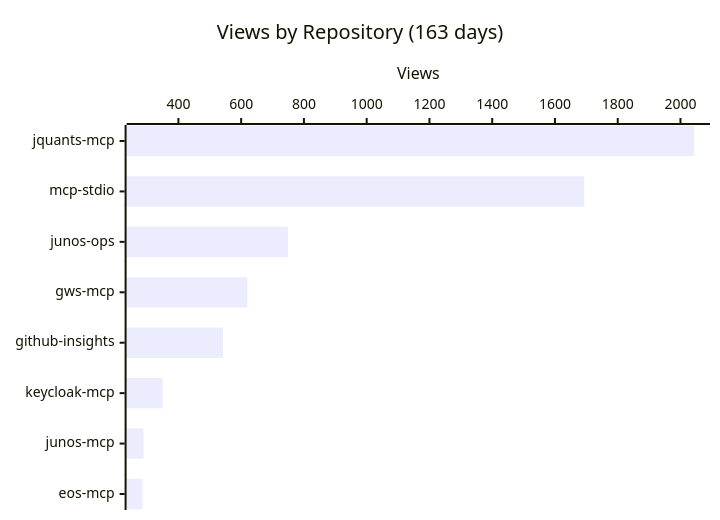
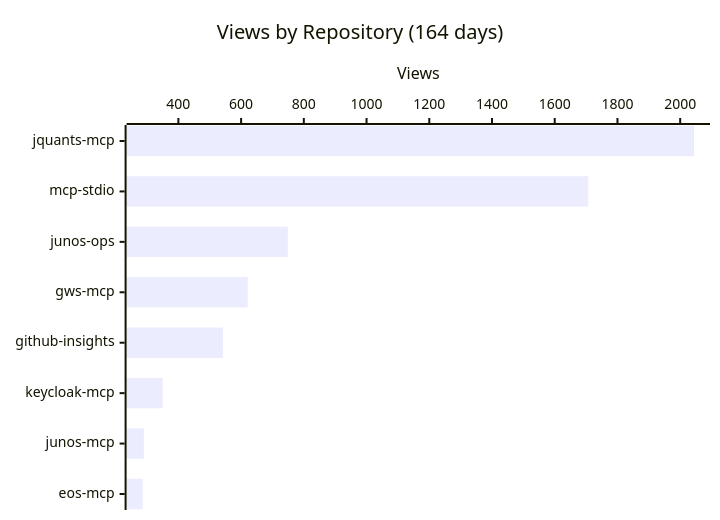
One commit to shigechika/github-insights changed the first of 4 diagrams in README.md. Above: the diagram before and after it, drawn with Mermaid. The commit also changed other lines of this file and 2 other files, not shown here.

````diff
--- a/README.md
+++ b/README.md
@@ -18,7 +18,7 @@
 ```mermaid
 xychart-beta horizontal
-    title "Views by Repository (163 days)"
+    title "Views by Repository (164 days)"
     x-axis ["jquants-mcp", "mcp-stdio", "junos-ops", "gws-mcp", "github-insights", "keycloak-mcp", "junos-mcp", "eos-mcp"]
     y-axis "Views"
-    bar [2043, 1693, 749, 620, 542, 350, 289, 286]
+    bar [2044, 1707, 749, 621, 542, 350, 290, 286]
 ```
````
